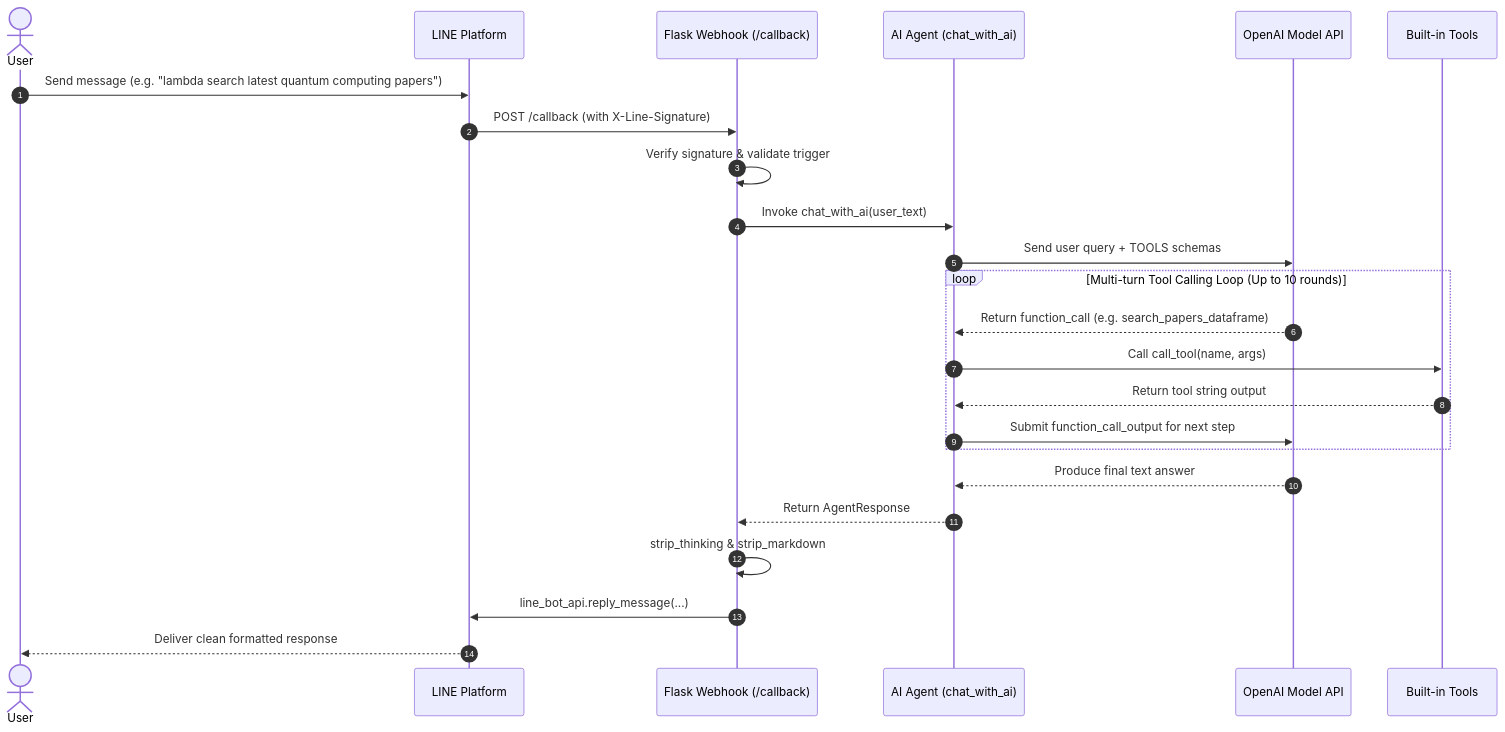
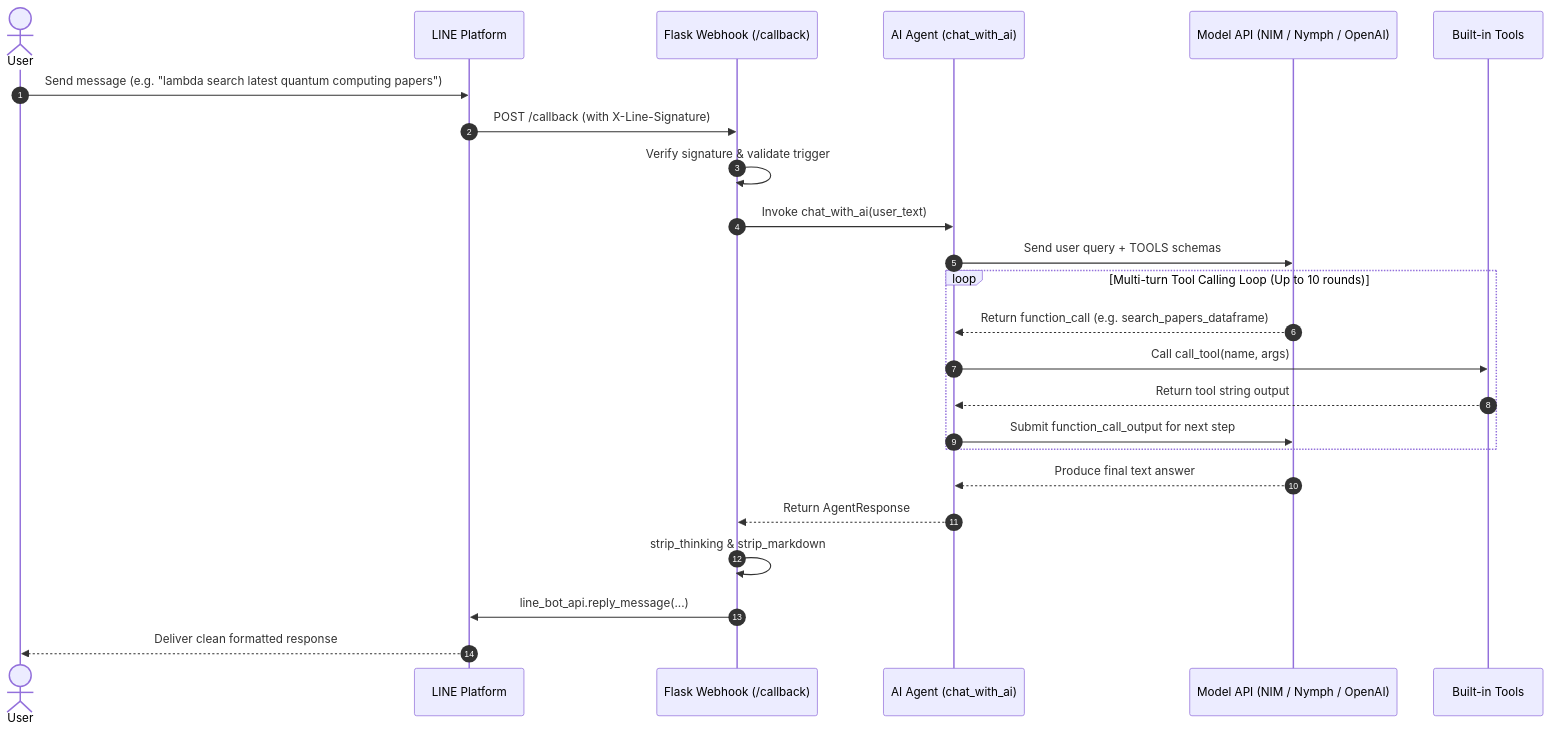
The second of 2 diagrams in README.md (ai-tech-tw/lambda), drawn with Mermaid before and after one commit. The commit also changed other lines of this file and 3 other files, not shown here.

Commit message:
docs: add NVIDIA NIM support, freeze bot features, and promote co-maintaining Nymph

````diff
--- a/README.md
+++ b/README.md
@@ -108,27 +118,27 @@
 ```mermaid
 sequenceDiagram
     autonumber
     actor User as User
     participant LINE as LINE Platform
     participant Flask as Flask Webhook (/callback)
     participant Agent as AI Agent (chat_with_ai)
-    participant LLM as OpenAI Model API
+    participant LLM as Model API (NIM / Nymph / OpenAI)
     participant Tools as Built-in Tools
 
     User->>LINE: Send message (e.g. "lambda search latest quantum computing papers")
     LINE->>Flask: POST /callback (with X-Line-Signature)
     Flask->>Flask: Verify signature & validate trigger
     Flask->>Agent: Invoke chat_with_ai(user_text)
     Agent->>LLM: Send user query + TOOLS schemas
     loop Multi-turn Tool Calling Loop (Up to 10 rounds)
         LLM-->>Agent: Return function_call (e.g. search_papers_dataframe)
         Agent->>Tools: Call call_tool(name, args)
         Tools-->>Agent: Return tool string output
         Agent->>LLM: Submit function_call_output for next step
     end
     LLM-->>Agent: Produce final text answer
     Agent-->>Flask: Return AgentResponse
     Flask->>Flask: strip_thinking & strip_markdown
     Flask->>LINE: line_bot_api.reply_message(...)
     LINE-->>User: Deliver clean formatted response
 ```
````
